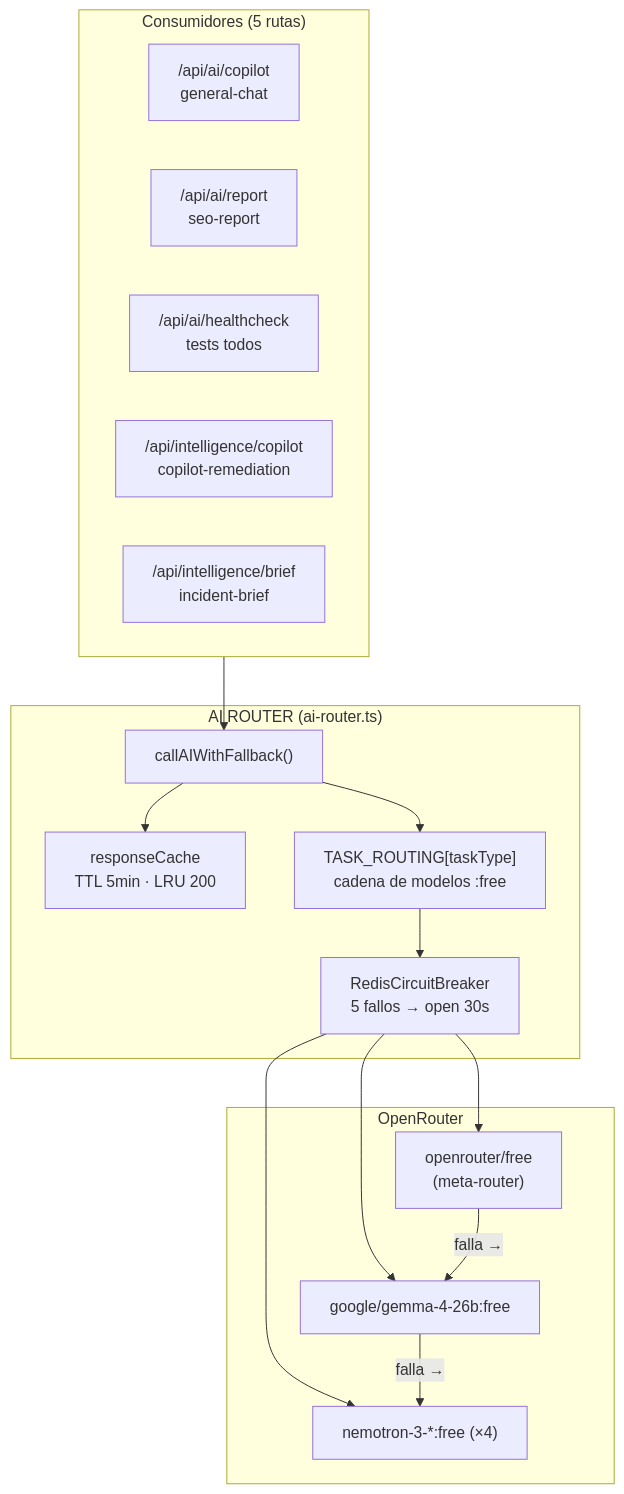
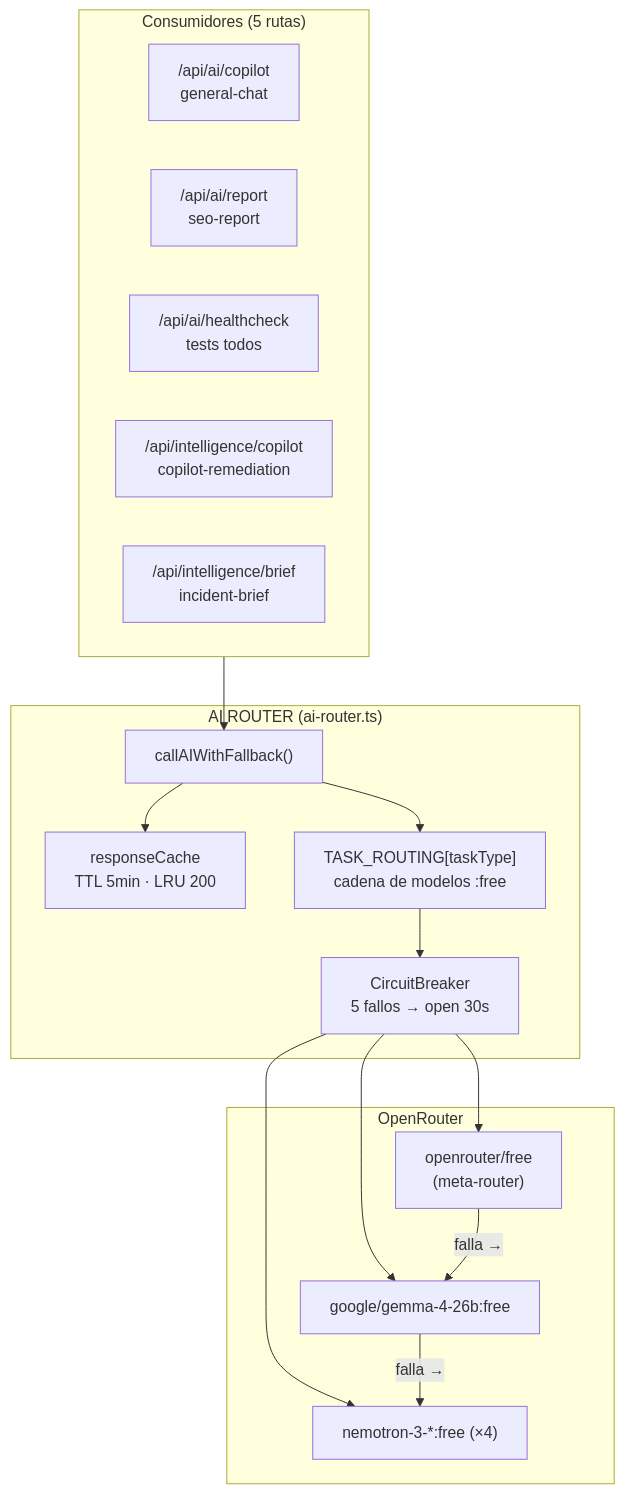
One commit to StrategicConnex/StrategicConnexAudit changed the first of 4 diagrams in docs/architecture/AI-ROUTER-TDD.md. Above: the diagram before and after it, drawn with Mermaid. The commit also changed other lines of this file and 67 other files, not shown here.

````diff
--- a/docs/architecture/AI-ROUTER-TDD.md
+++ b/docs/architecture/AI-ROUTER-TDD.md
@@ -81,30 +81,30 @@
 ```mermaid
 flowchart TB
     subgraph CONSUMERS["Consumidores (5 rutas)"]
         C1["/api/ai/copilot<br/>general-chat"]
         C2["/api/ai/report<br/>seo-report"]
         C3["/api/ai/healthcheck<br/>tests todos"]
         C4["/api/intelligence/copilot<br/>copilot-remediation"]
         C5["/api/intelligence/brief<br/>incident-brief"]
     end
     subgraph ROUTER["AI ROUTER (ai-router.ts)"]
         A["callAIWithFallback()"]
         CACHE["responseCache<br/>TTL 5min · LRU 200"]
-        CB["RedisCircuitBreaker<br/>5 fallos → open 30s"]
+        CB["CircuitBreaker<br/>5 fallos → open 30s"]
         CHAIN["TASK_ROUTING[taskType]<br/>cadena de modelos :free"]
     end
     subgraph OR["OpenRouter"]
         M1["openrouter/free<br/>(meta-router)"]
         M2["google/gemma-4-26b:free"]
         M3["nemotron-3-*:free (×4)"]
     end
     CONSUMERS --> A
     A --> CACHE
     A --> CHAIN
     CHAIN --> CB
     CB --> M1
     CB --> M2
     CB --> M3
     M1 -->|"falla →"| M2
     M2 -->|"falla →"| M3
 ```
````
